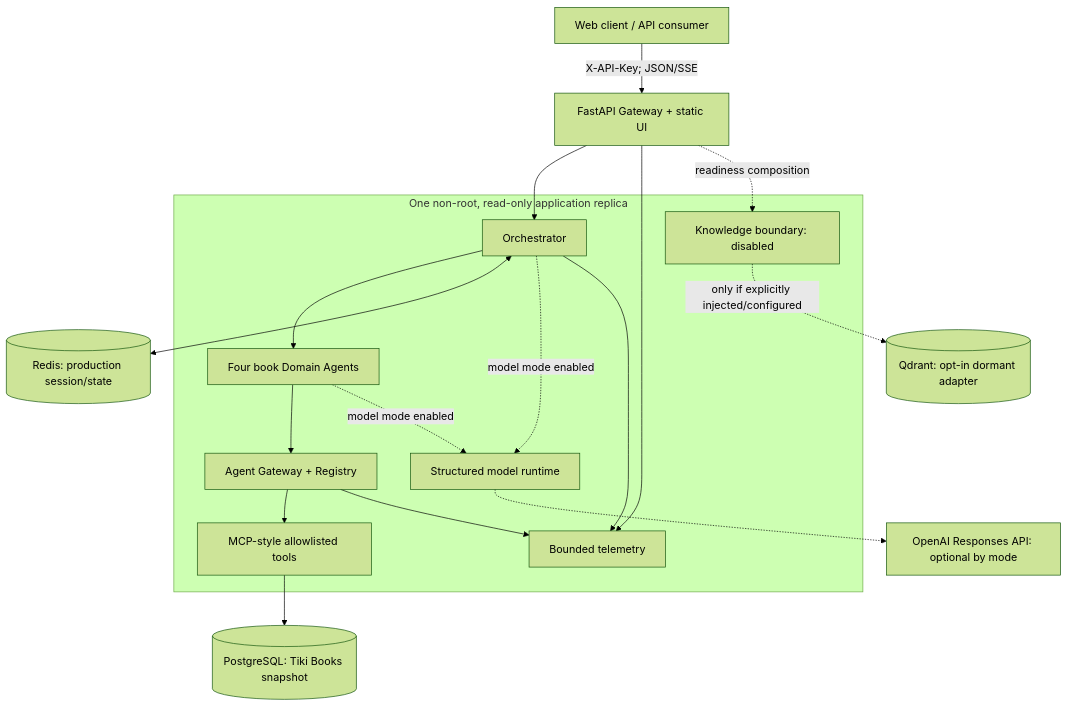
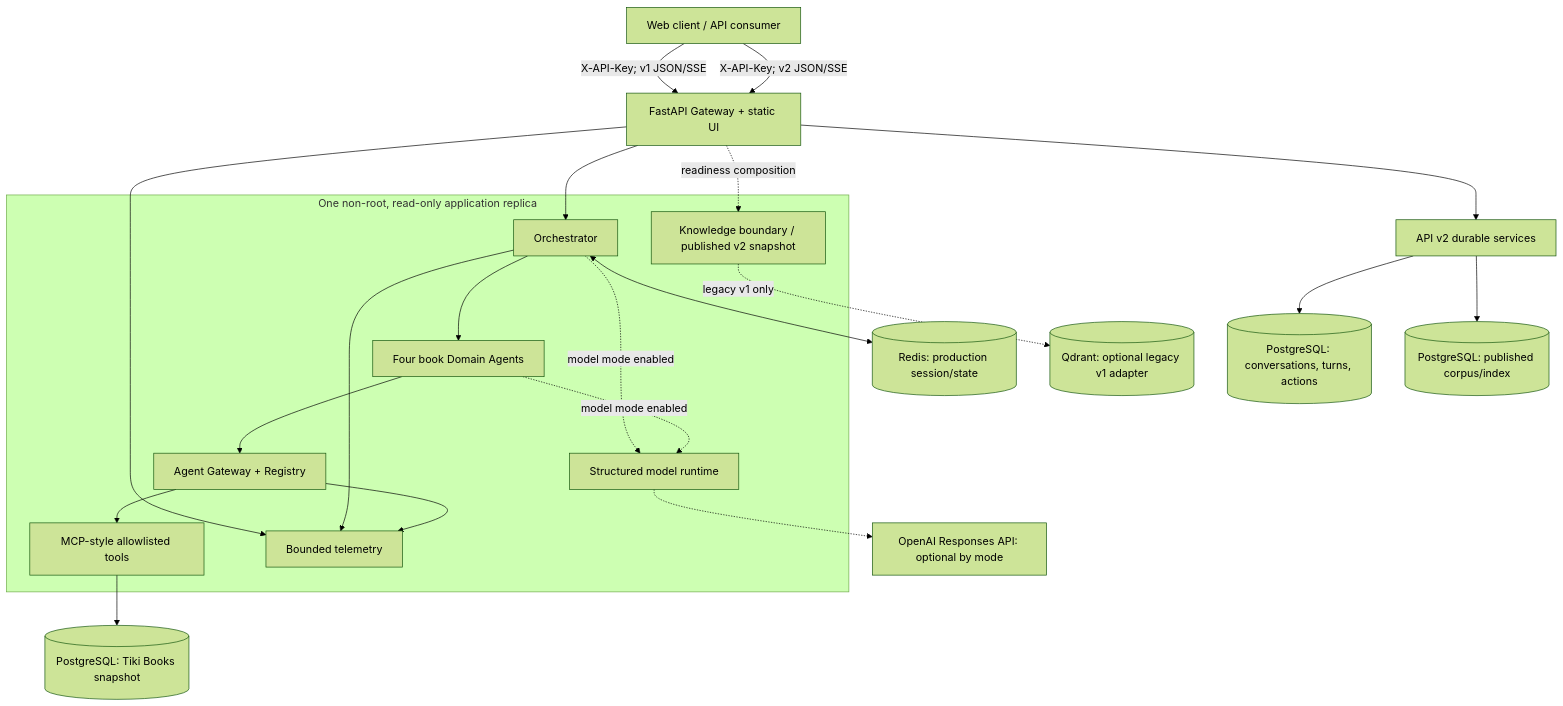
Before and after one commit to Thanh281105/multi-agent-system: the first of 2 diagrams in docs/architecture.md, drawn with Mermaid (forest theme). The commit also changed other lines of this file and 2 other files, not shown here.

First line of the commit message:
docs(v2): ghi nhận API, storage và corpus đã publish

````diff
--- a/docs/architecture.md
+++ b/docs/architecture.md
@@ -33,27 +37,32 @@
 ```mermaid
 flowchart TB
     C[Web client / API consumer]
     G[FastAPI Gateway + static UI]
 
     subgraph APP[One non-root, read-only application replica]
         O[Orchestrator]
         D[Four book Domain Agents]
         A[Agent Gateway + Registry]
         T[MCP-style allowlisted tools]
         L[Structured model runtime]
         M[Bounded telemetry]
-        K[Knowledge boundary: disabled]
+        K[Knowledge boundary / published v2 snapshot]
     end
 
     PG[(PostgreSQL: Tiki Books snapshot)]
     R[(Redis: production session/state)]
     OA[OpenAI Responses API: optional by mode]
-    Q[(Qdrant: opt-in dormant adapter)]
+    Q[(Qdrant: optional legacy v1 adapter)]
+    V2[API v2 durable services]
+    C2[(PostgreSQL: conversations, turns, actions)]
+    I2[(PostgreSQL: published corpus/index)]
 
-    C -->|X-API-Key; JSON/SSE| G --> O --> D --> A --> T --> PG
+    C -->|X-API-Key; v1 JSON/SSE| G --> O --> D --> A --> T --> PG
+    C -->|X-API-Key; v2 JSON/SSE| G --> V2 --> C2
+    V2 --> I2
     O <--> R
     O & D -. model mode enabled .-> L -.-> OA
     G & O & A --> M
     G -. readiness composition .-> K
-    K -. only if explicitly injected/configured .-> Q
+    K -. legacy v1 only .-> Q
 ```
````
